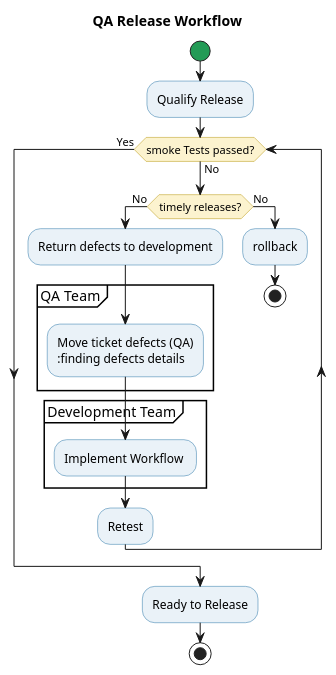
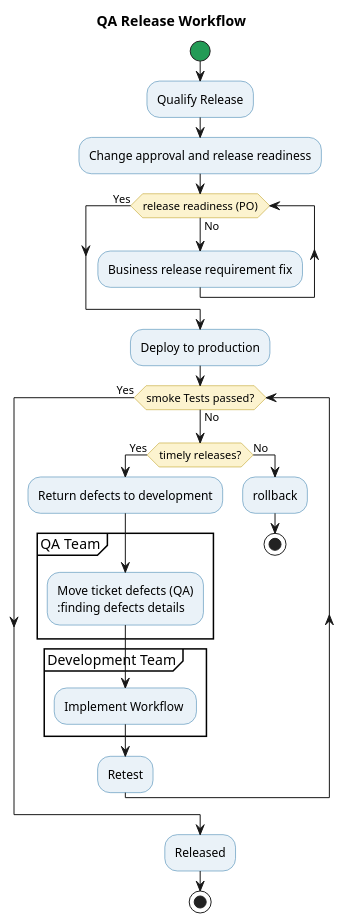
One commit to sovannotychea/ori-test changed the diagram in docs/qatest-003.puml. Above: the diagram before and after it, drawn with PlantUML. The commit also changed 2 other files, not shown here.

```diff
--- a/docs/qatest-003.puml
+++ b/docs/qatest-003.puml
@@ -1,34 +1,39 @@
 @startuml
 title QA Release Workflow
 
 skinparam backgroundColor white
 skinparam shadowing false
 skinparam activity {
   BackgroundColor #EAF2F8
   BorderColor #2874A6
   DiamondBackgroundColor #FCF3CF
   DiamondBorderColor #B7950B
   StartColor #239B56
   EndColor #C0392B
 }
 start
 :Qualify Release;
+:Change approval and release readiness;
+while (release readiness (PO)) is (No)
+    :Business release requirement fix;
+endwhile (Yes)
+:Deploy to production;
 while (smoke Tests passed?) is (No)
-if (timely releases?) then (No)
+if (timely releases?) then (Yes)
   :Return defects to development;
-           partition "QA Team" {
+    partition "QA Team" {
                :Move ticket defects (QA)
                :finding defects details;
-           }
-           partition "Development Team" {
+    }
+    partition "Development Team" {
            :Implement Workflow ;
-           }
-           :Retest;
+    }
+  :Retest;
 else (No)
   :rollback;
   stop
 endif
 endwhile (Yes)
-:Ready to Release;
+:Released;
 stop
 @enduml
```
